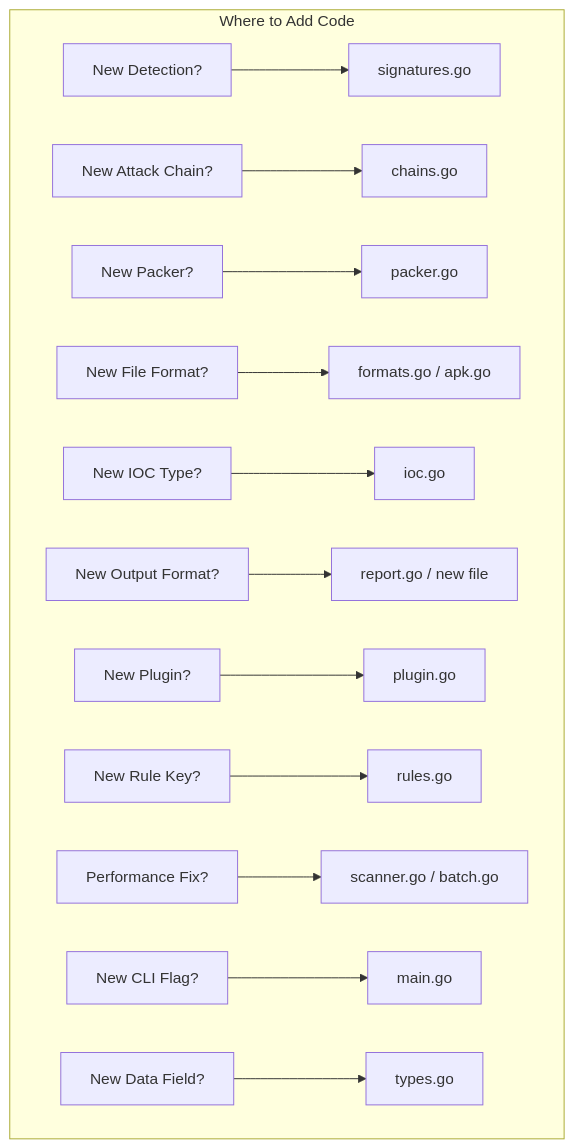
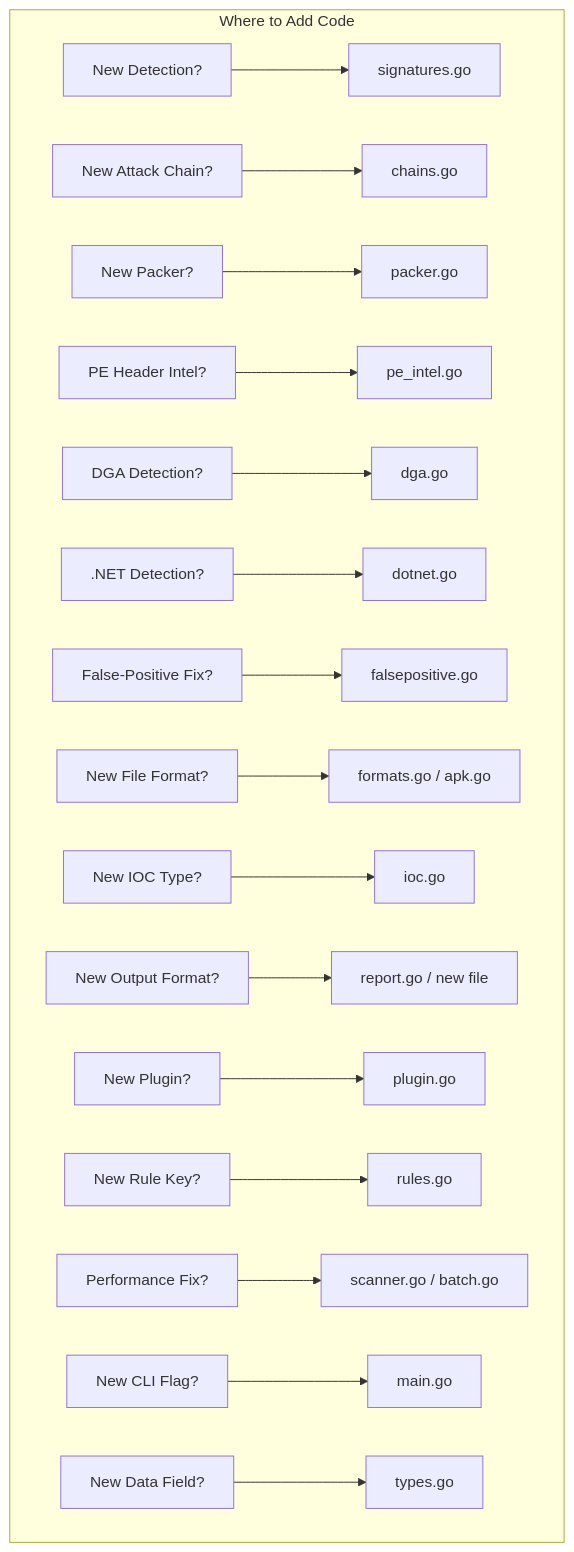
The second of 6 diagrams in contributing.md (Masriyan/FlatScan), drawn with Mermaid before and after one commit. The commit also changed other lines of this file and 6 other files, not shown here.

````diff
--- a/contributing.md
+++ b/contributing.md
@@ -88,16 +91,20 @@
 ```mermaid
 graph TB
     subgraph "Where to Add Code"
         A["New Detection?"] --> B[signatures.go]
         A2["New Attack Chain?"] --> B2[chains.go]
         A3["New Packer?"] --> B3[packer.go]
+        A4["PE Header Intel?"] --> B4[pe_intel.go]
+        A5["DGA Detection?"] --> B5[dga.go]
+        A6[".NET Detection?"] --> B6[dotnet.go]
+        A7["False-Positive Fix?"] --> B7[falsepositive.go]
         C["New File Format?"] --> D[formats.go / apk.go]
         E["New IOC Type?"] --> F[ioc.go]
         G["New Output Format?"] --> H[report.go / new file]
         I["New Plugin?"] --> J[plugin.go]
         K["New Rule Key?"] --> L[rules.go]
         M["Performance Fix?"] --> N[scanner.go / batch.go]
         O["New CLI Flag?"] --> P[main.go]
         Q["New Data Field?"] --> R[types.go]
     end
 ```
````
